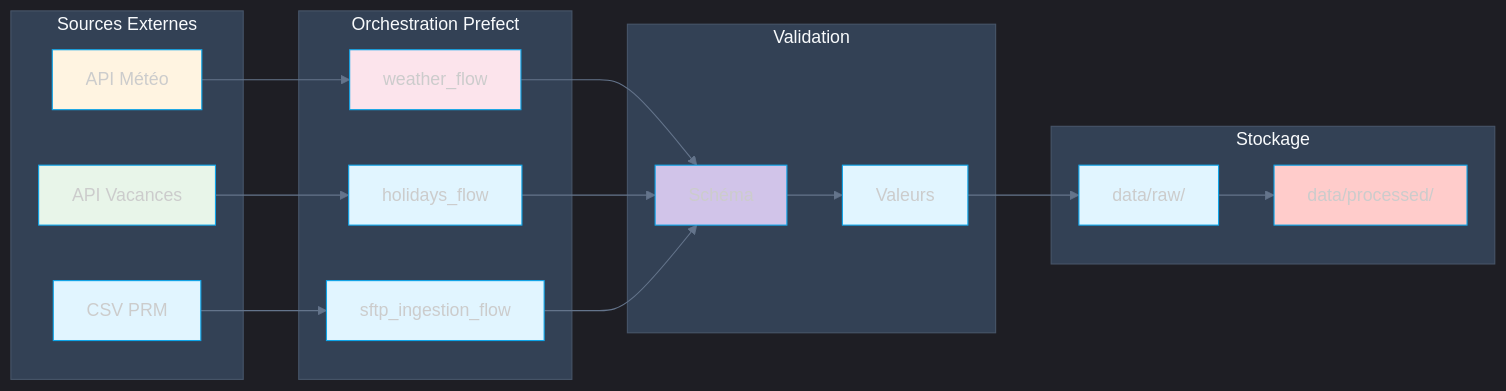
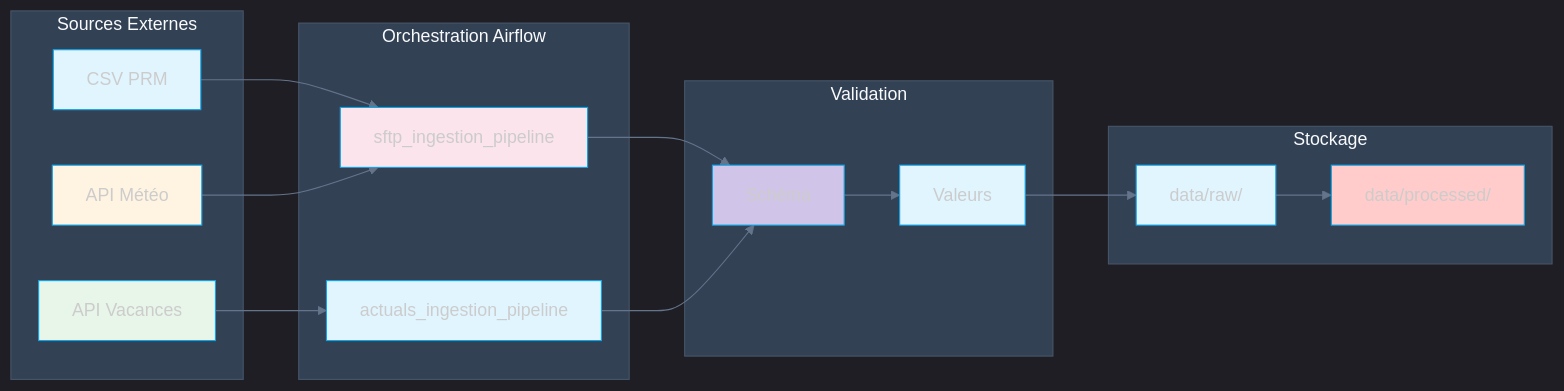
One commit to jinsudai/jinsudai changed the second of 2 diagrams in Services/docsify/docs/pipeline-ingestion.md. Above: the diagram before and after it, drawn with Mermaid. The commit also changed other lines of this file and 9 other files, not shown here.

````diff
--- a/Services/docsify/docs/pipeline-ingestion.md
+++ b/Services/docsify/docs/pipeline-ingestion.md
@@ -27,42 +27,40 @@
 ```mermaid
 %%{init: {'theme': 'dark', 'themeVariables': {'primaryColor': '#e1f5ff', 'primaryTextColor': '#1e293b', 'primaryBorderColor': '#0ea5e9', 'lineColor': '#64748b', 'secondaryColor': '#fff4e1', 'tertiaryColor': '#fce4ec', 'background': '#1e293b', 'mainBkg': '#e1f5ff', 'nodeBorder': '#0ea5e9', 'clusterBkg': '#334155', 'clusterBorder': '#475569', 'titleColor': '#f8fafc', 'edgeLabelBackground': '#1e293b'}}}%%
 graph LR
     subgraph "Sources Externes"
         S1[CSV PRM]
         S2[API Météo]
         S3[API Vacances]
     end
     
-    subgraph "Orchestration Prefect"
-        O1[weather_flow]
-        O2[holidays_flow]
-        O3[sftp_ingestion_flow]
+    subgraph "Orchestration Airflow"
+        O1[sftp_ingestion_pipeline]
+        O2[actuals_ingestion_pipeline]
     end
     
     subgraph "Validation"
         V1[Schéma]
         V2[Valeurs]
     end
     
     subgraph "Stockage"
         ST1[data/raw/]
         ST2[data/processed/]
     end
     
-    S1 --> O3
+    S1 --> O1
     S2 --> O1
     S3 --> O2
     O1 --> V1
     O2 --> V1
-    O3 --> V1
     V1 --> V2
     V2 --> ST1
     ST1 --> ST2
     
     style S1 fill:#e1f5ff
     style S2 fill:#fff4e1
     style S3 fill:#e8f5e9
     style O1 fill:#fce4ec
     style V1 fill:#d1c4e9
     style ST2 fill:#ffcccb
 ```
````
